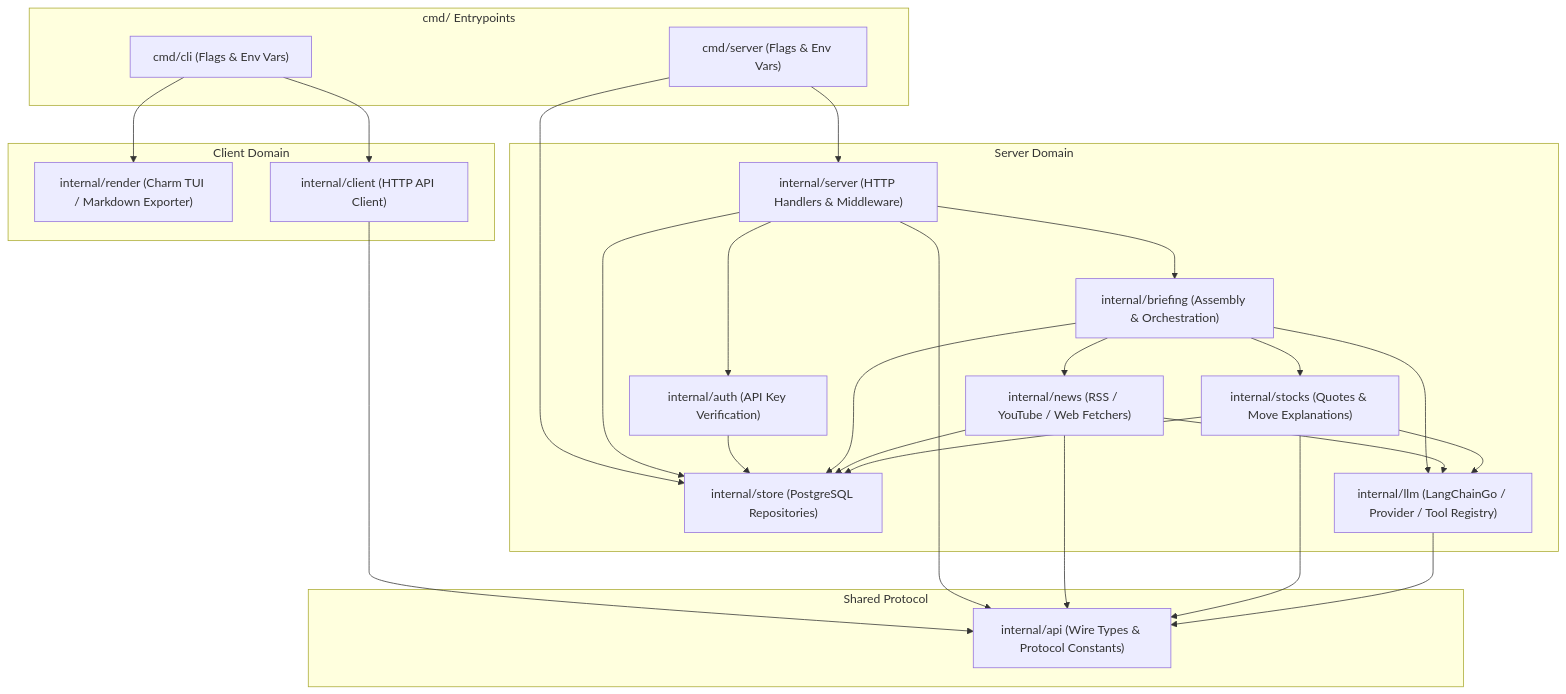
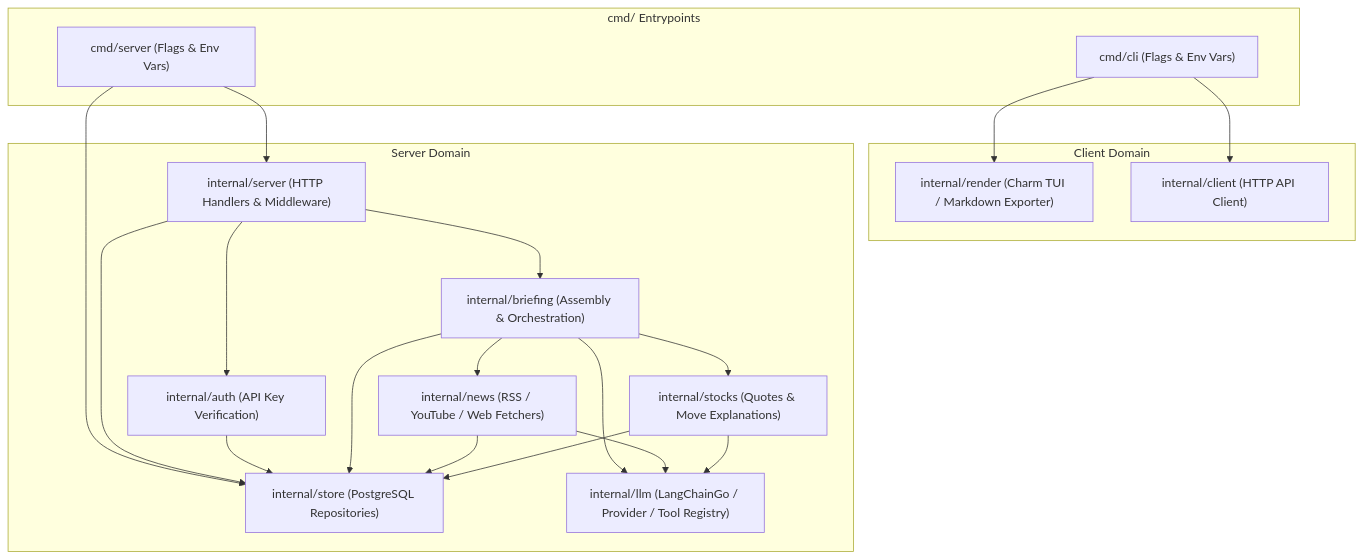
One commit to toucham/morning-brief changed the second of 9 diagrams in docs/ARCHITECTURE.md. Above: the diagram before and after it, drawn with Mermaid. The commit also changed other lines of this file and 4 other files, not shown here.

````diff
--- a/docs/ARCHITECTURE.md
+++ b/docs/ARCHITECTURE.md
@@ -75,52 +75,43 @@
 ```mermaid
 flowchart TD
     subgraph CMD["cmd/ Entrypoints"]
         CmdCLI["cmd/cli (Flags & Env Vars)"]
         CmdServer["cmd/server (Flags & Env Vars)"]
     end
 
     subgraph Presentation["Client Domain"]
         RenderPkg["internal/render (Charm TUI / Markdown Exporter)"]
         ClientPkg["internal/client (HTTP API Client)"]
-    end
-
-    subgraph Shared["Shared Protocol"]
-        APIPkg["internal/api (Wire Types & Protocol Constants)"]
     end
 
     subgraph CoreServer["Server Domain"]
         ServerPkg["internal/server (HTTP Handlers & Middleware)"]
         AuthPkg["internal/auth (API Key Verification)"]
         StorePkg["internal/store (PostgreSQL Repositories)"]
         BriefingPkg["internal/briefing (Assembly & Orchestration)"]
         NewsPkg["internal/news (RSS / YouTube / Web Fetchers)"]
         StocksPkg["internal/stocks (Quotes & Move Explanations)"]
         LLMPkg["internal/llm (LangChainGo / Provider / Tool Registry)"]
     end
 
     CmdCLI --> RenderPkg
     CmdCLI --> ClientPkg
-    ClientPkg --> APIPkg
 
     CmdServer --> ServerPkg
     CmdServer --> StorePkg
     ServerPkg --> AuthPkg
     ServerPkg --> BriefingPkg
     ServerPkg --> StorePkg
-    ServerPkg --> APIPkg
 
     AuthPkg --> StorePkg
 
     BriefingPkg --> NewsPkg
     BriefingPkg --> StocksPkg
     BriefingPkg --> LLMPkg
     BriefingPkg --> StorePkg
 
     NewsPkg --> LLMPkg
     StocksPkg --> LLMPkg
     NewsPkg --> StorePkg
     StocksPkg --> StorePkg
-    NewsPkg --> APIPkg
-    StocksPkg --> APIPkg
-    LLMPkg --> APIPkg
 ```
````
